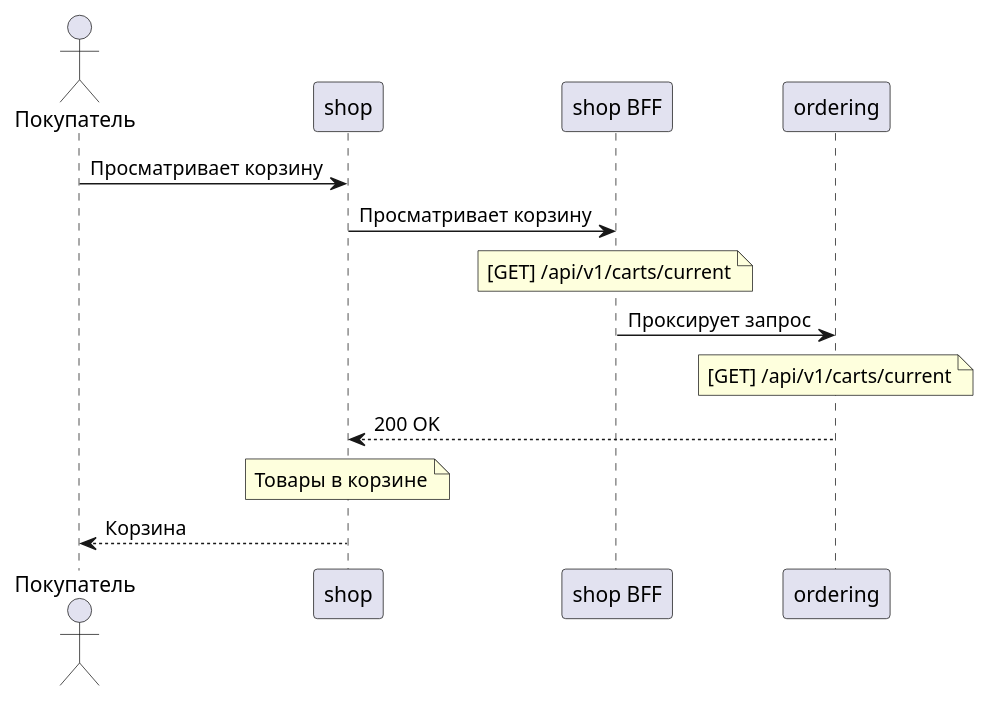
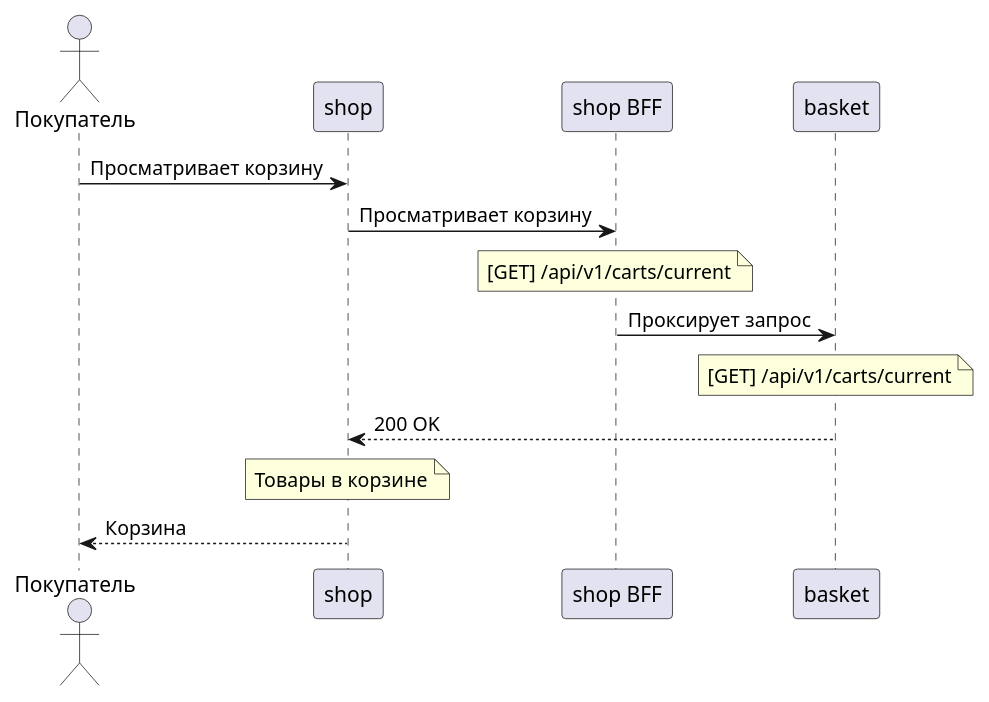
One commit to gerzhan/knigaexpert-system-design changed the diagram in services/ordering/use-cases/uc-3.md. Above: the diagram before and after it, drawn with PlantUML. The commit also changed 18 other files, not shown here.

````diff
--- a/services/ordering/use-cases/uc-3.md
+++ b/services/ordering/use-cases/uc-3.md
@@ -3,17 +3,17 @@
 ```plantuml
 actor "Покупатель" as customer
 participant "shop" as shop_app
 participant "shop BFF" as shop_bff
-participant "ordering" as ordering
+participant "basket" as basket
 
 customer -> shop_app: Просматривает корзину
 shop_app -> shop_bff: Просматривает корзину
 note over shop_bff: [GET] /api/v1/carts/current
 
-shop_bff -> ordering: Проксирует запрос
-note over ordering: [GET] /api/v1/carts/current
+shop_bff -> basket: Проксирует запрос
+note over basket: [GET] /api/v1/carts/current
 
-shop_app <--  ordering: 200 OK
+shop_app <--  basket: 200 OK
 note over shop_app: Товары в корзине
 customer <--  shop_app: Корзина
 ```
````
